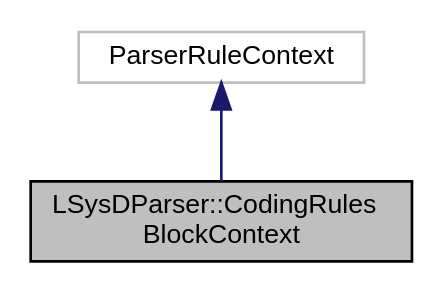
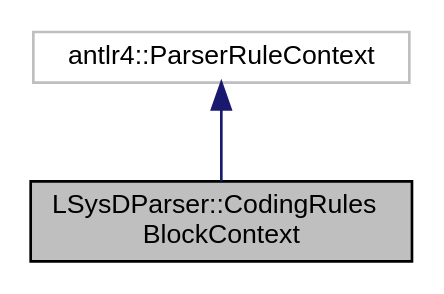
One commit to acs2405/LSysGen changed the diagram in classLSysDParser_1_1CodingRulesBlockContext__coll__graph.dot. Above: the diagram before and after it, drawn with Graphviz. The commit also changed 572 other files, not shown here.

```diff
--- a/classLSysDParser_1_1CodingRulesBlockContext__coll__graph.dot
+++ b/classLSysDParser_1_1CodingRulesBlockContext__coll__graph.dot
@@ -1,9 +1,9 @@
 digraph "LSysDParser::CodingRulesBlockContext"
 {
  // LATEX_PDF_SIZE
   edge [fontname="Helvetica",fontsize="10",labelfontname="Helvetica",labelfontsize="10"];
   node [fontname="Helvetica",fontsize="10",shape=record];
   Node1 [label="LSysDParser::CodingRules\lBlockContext",height=0.2,width=0.4,color="black", fillcolor="grey75", style="filled", fontcolor="black",tooltip=" "];
   Node2 -> Node1 [dir="back",color="midnightblue",fontsize="10",style="solid",fontname="Helvetica"];
-  Node2 [label="ParserRuleContext",height=0.2,width=0.4,color="grey75", fillcolor="white", style="filled",tooltip=" "];
+  Node2 [label="antlr4::ParserRuleContext",height=0.2,width=0.4,color="grey75", fillcolor="white", style="filled",tooltip=" "];
 }
```
